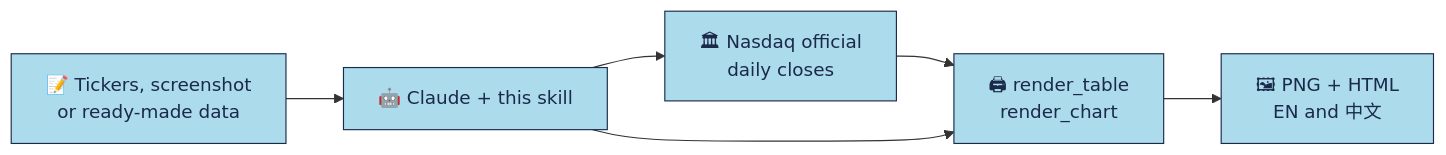
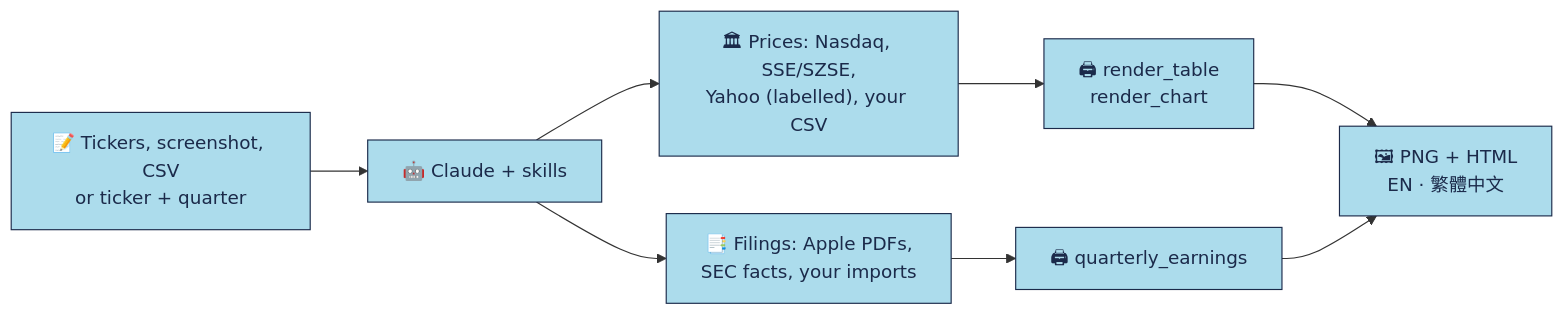
One commit to imoneys10k/schwab-table changed the diagram in README.md. Above: the diagram before and after it, drawn with Mermaid. The commit also changed other lines of this file and 15 other files, not shown here.

````diff
--- a/README.md
+++ b/README.md
@@ -36,10 +39,12 @@
 ```mermaid
 flowchart LR
-  A["📝 Tickers, screenshot<br/>or ready-made data"] --> B["🤖 Claude + this skill"]
-  B --> C["🏛 Nasdaq official<br/>daily closes"]
+  A["📝 Tickers, screenshot, CSV<br/>or ticker + quarter"] --> B["🤖 Claude + skills"]
+  B --> C["🏛 Prices: Nasdaq, SSE/SZSE,<br/>Yahoo (labelled), your CSV"]
+  B --> F["📑 Filings: Apple PDFs,<br/>SEC facts, your imports"]
   C --> D["🖨 render_table<br/>render_chart"]
-  B --> D
-  D --> E["🖼 PNG + HTML<br/>EN and 中文"]
+  F --> G["🖨 quarterly_earnings"]
+  D --> E["🖼 PNG + HTML<br/>EN · 繁體中文"]
+  G --> E
   classDef n fill:#ACDCEC,stroke:#1B2A4A,color:#1B2A4A,stroke-width:1px;
-  class A,B,C,D,E n;
+  class A,B,C,D,E,F,G n;
 ```
````
